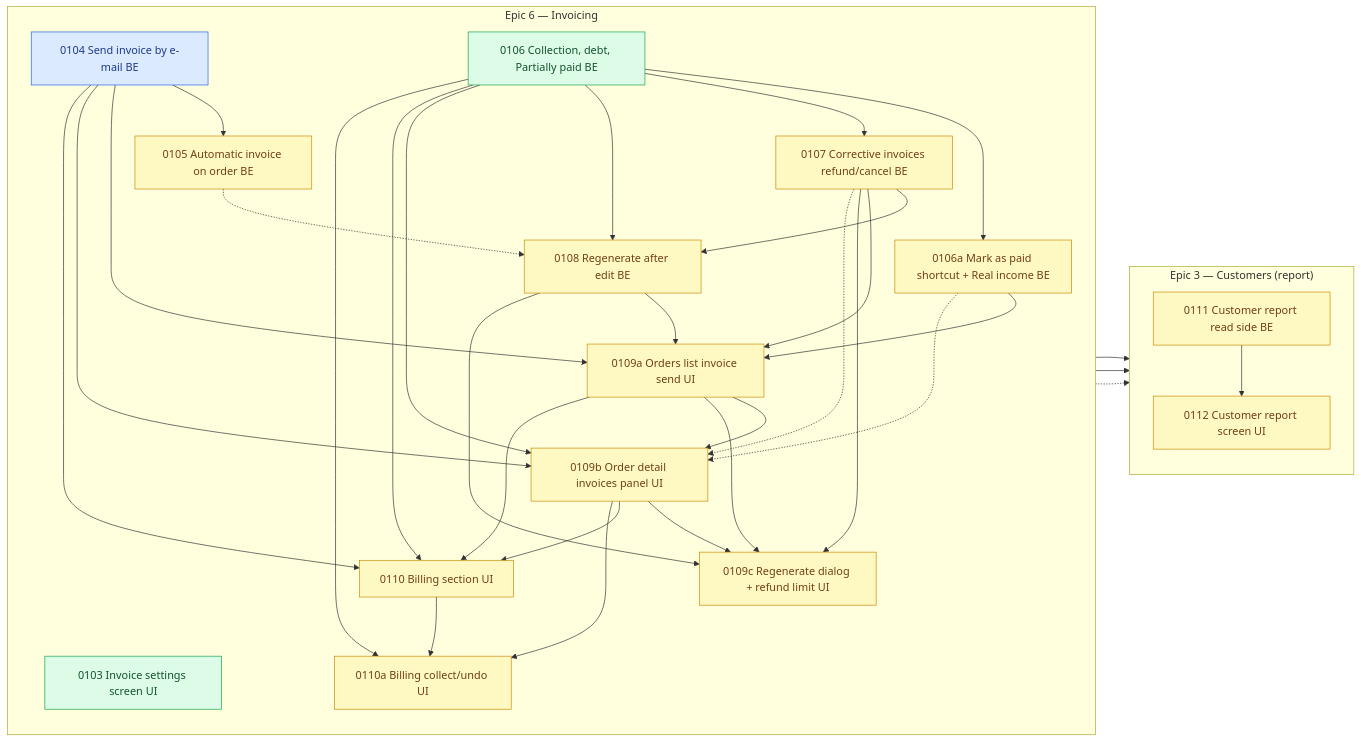
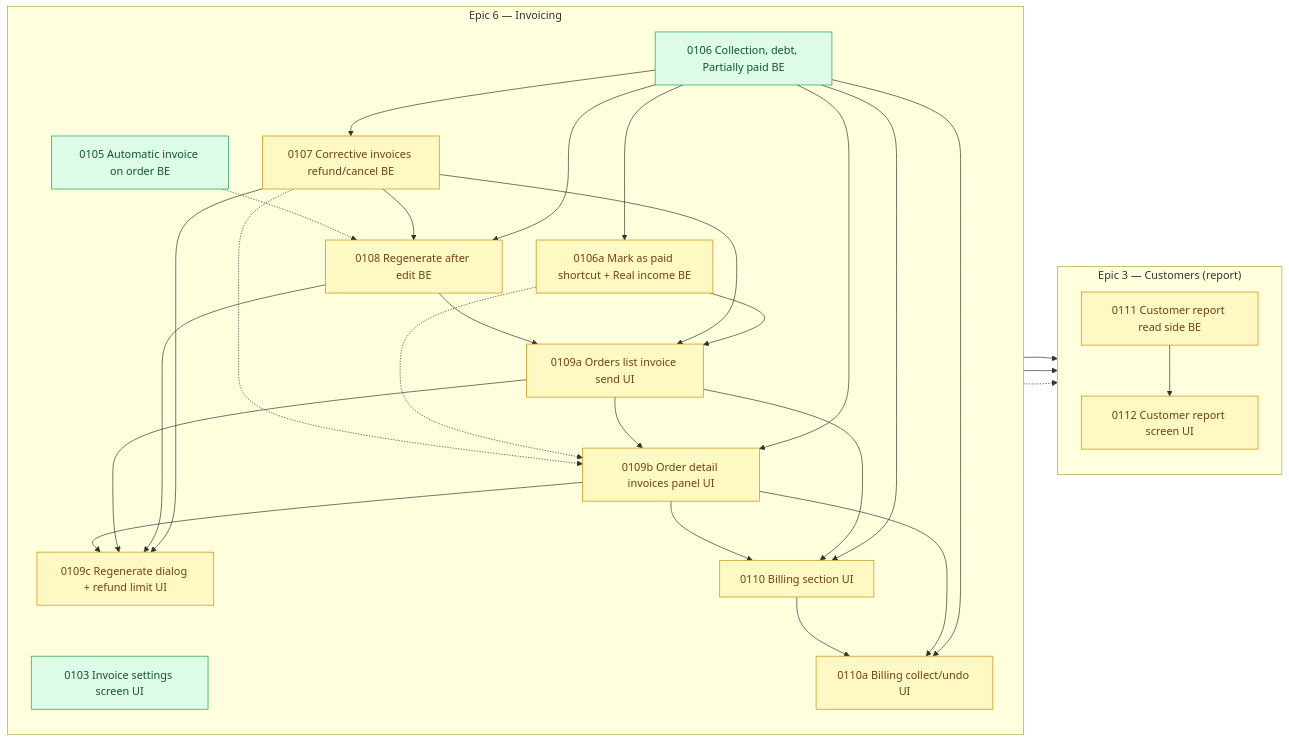
Before and after one commit to shojen/AI4Devs-finalproject: the diagram in arospe/ai-spec/tasks-map.md, drawn with Mermaid. The commit also changed other lines of this file and 9 other files, not shown here.

````diff
--- a/arospe/ai-spec/tasks-map.md
+++ b/arospe/ai-spec/tasks-map.md
@@ -766,7 +769,6 @@
     subgraph PEND_INVOICING["Epic 6 — Invoicing"]
         direction TB
         P0103["0103 Invoice settings screen UI"]
-        P0104["0104 Send invoice by e-mail BE"]
         P0105["0105 Automatic invoice on order BE"]
         P0106["0106 Collection, debt, Partially paid BE"]
         P0106a["0106a Mark as paid shortcut + Real income BE"]
@@ -785,23 +787,19 @@
     end
     %% (P0101b --> P0102/P0103/P0104/P0105/P0106/P0106a/P0107/P0108/P0110 dropped: 0101b closed to done/ 2026-11-19; 0102 and 0106 are now ready.)
     %% Edges quoted from each task file (2026-11-15). Solid = hard dependency.
-    P0104 --> P0105
     P0106 --> P0106a
     P0106 --> P0107
     P0106 --> P0108
     P0107 --> P0108
-    P0104 --> P0109a
     P0106a --> P0109a
     P0107 --> P0109a
     P0108 --> P0109a
-    P0104 --> P0109b
     P0106 --> P0109b
     P0109a --> P0109b
     P0107 --> P0109c
     P0108 --> P0109c
     P0109a --> P0109c
     P0109b --> P0109c
-    P0104 --> P0110
     P0106 --> P0110
     P0109a --> P0110
     P0109b --> P0110
@@ -817,8 +815,8 @@
     P0106a -.-> P0109b
     P0107 -.-> P0109b
     %% Shared-file risk with the stock dialogs (no dependency): see the update note at the top.
+    %% (P0104 --> P0105/P0109a/P0109b/P0110 dropped: 0104 closed to done/ 2026-11-19; 0105 is now ready, no node is `claimed`.)
     %% (P0102 --> P0103/P0104/P0109b/P0110 dropped: 0102 closed to done/ 2026-11-19; 0103 and 0104 are now ready.)
-    class P0103,P0106 ready;
-    class P0104 claimed;
-    class P0105,P0106a,P0107,P0108,P0109a,P0109b,P0109c,P0110,P0110a,P0111,P0112 pending;
+    class P0103,P0105,P0106 ready;
+    class P0106a,P0107,P0108,P0109a,P0109b,P0109c,P0110,P0110a,P0111,P0112 pending;
 ```
````
